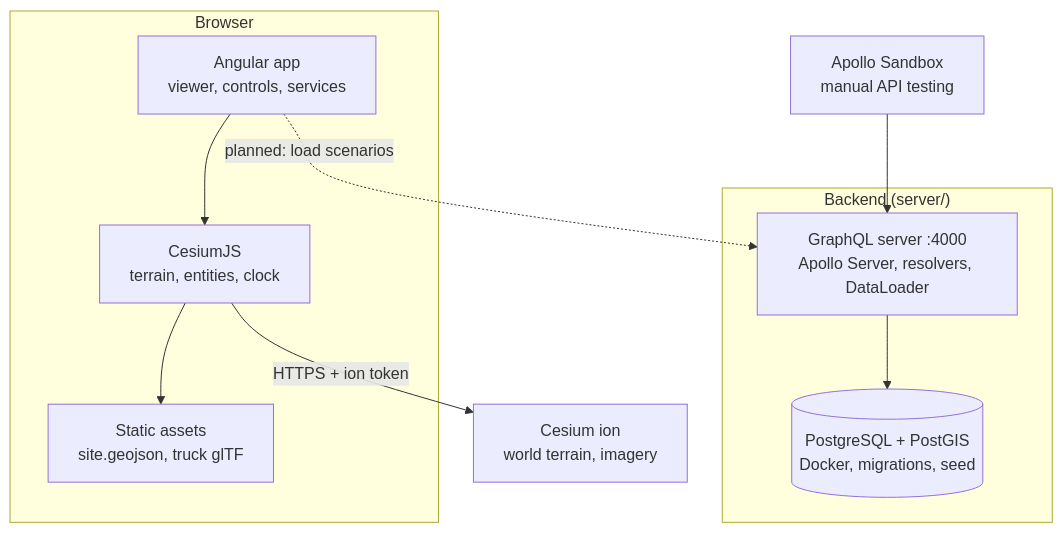
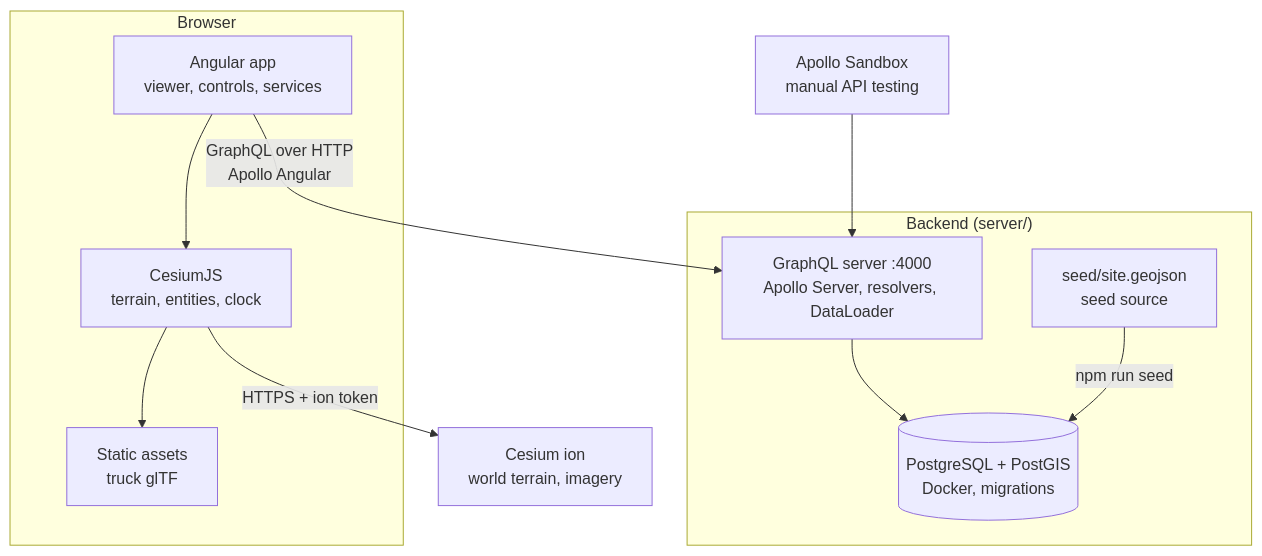
Before and after one commit to vltechx/jobsite-twin: the diagram in README.md, drawn with Mermaid. The commit also changed other lines of this file and 20 other files, not shown here.

First line of the commit message:
feat(app): load scenarios from the GraphQL API

````diff
--- a/README.md
+++ b/README.md
@@ -20,21 +21,23 @@
 ```mermaid
 flowchart TB
   subgraph Browser
     A["Angular app<br/>viewer, controls, services"]
     C["CesiumJS<br/>terrain, entities, clock"]
-    S["Static assets<br/>site.geojson, truck glTF"]
+    S["Static assets<br/>truck glTF"]
   end
   ion["Cesium ion<br/>world terrain, imagery"]
   subgraph Backend["Backend (server/)"]
     G["GraphQL server :4000<br/>Apollo Server, resolvers, DataLoader"]
-    P[("PostgreSQL + PostGIS<br/>Docker, migrations, seed")]
+    P[("PostgreSQL + PostGIS<br/>Docker, migrations")]
+    F["seed/site.geojson<br/>seed source"]
   end
   SB["Apollo Sandbox<br/>manual API testing"]
 
   A --> C
   C --> S
   C -->|HTTPS + ion token| ion
   SB --> G
   G --> P
-  A -.->|planned: load scenarios| G
+  F -->|npm run seed| P
+  A -->|GraphQL over HTTP<br/>Apollo Angular| G
 ```
````
